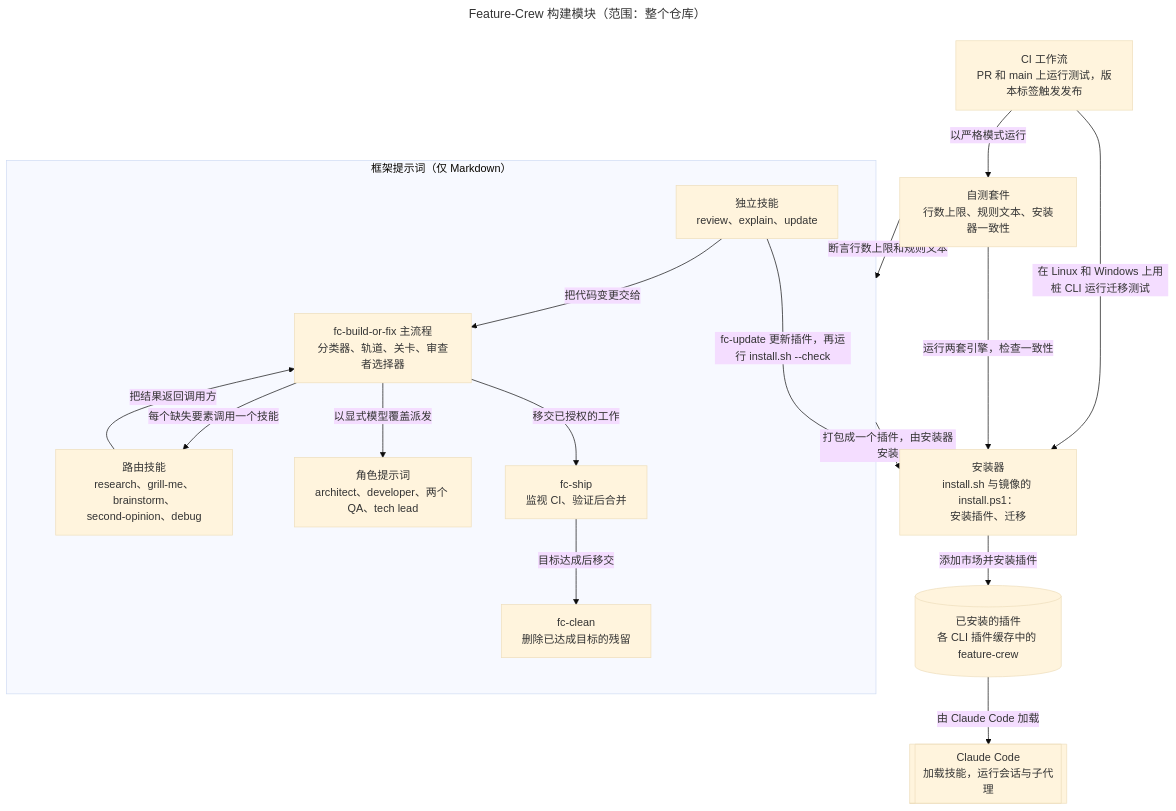
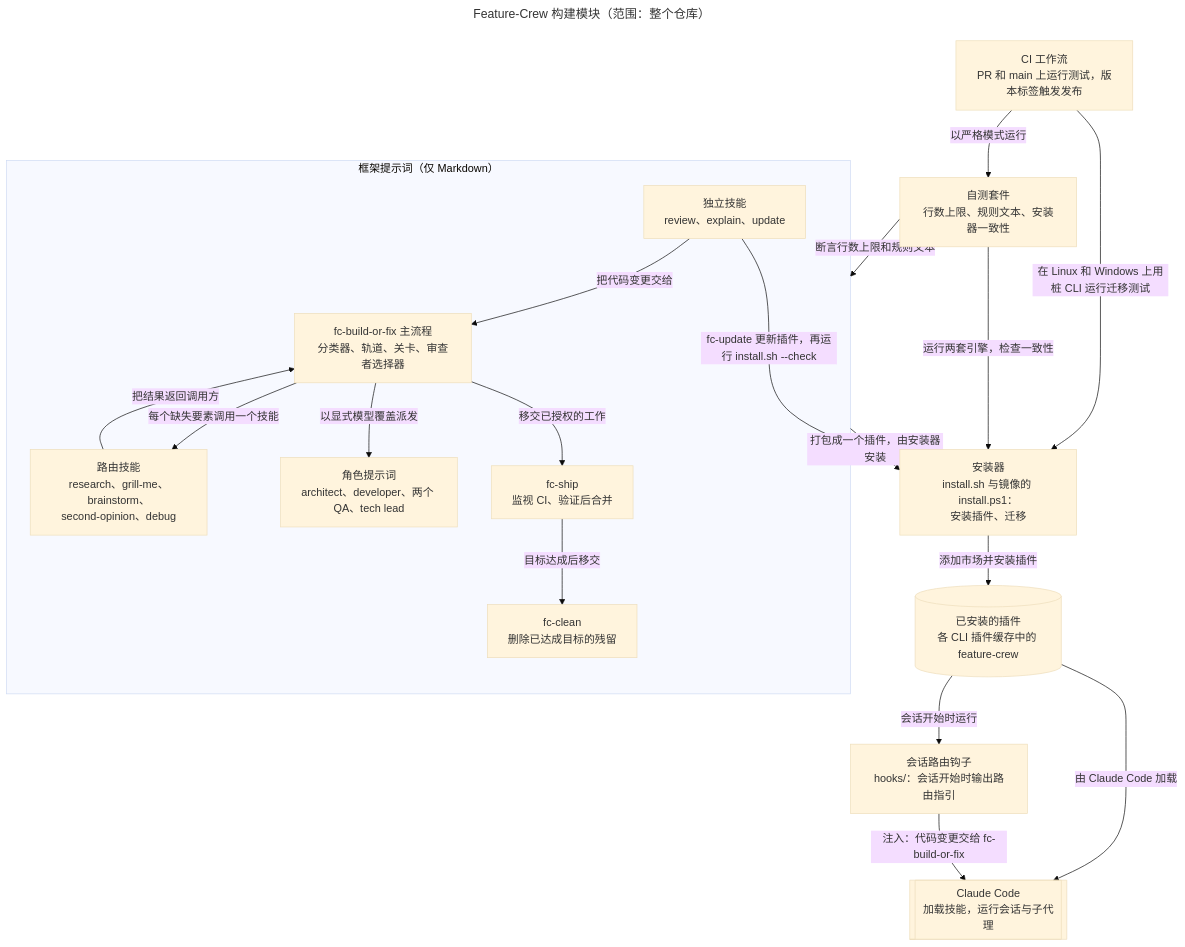
One commit to D0n9X1n/feature-crew changed the first of 2 diagrams in wiki/Architecture-zh-CN.md. Above: the diagram before and after it, drawn with Mermaid (base theme). The commit also changed other lines of this file and 15 other files, not shown here.

````diff
--- a/wiki/Architecture-zh-CN.md
+++ b/wiki/Architecture-zh-CN.md
@@ -11,34 +11,37 @@
 ```mermaid
 ---
 title: "Feature-Crew 构建模块（范围：整个仓库）"
 ---
 flowchart TB
     ci["CI 工作流<br/>PR 和 main 上运行测试，版本标签触发发布"]
     suite["自测套件<br/>行数上限、规则文本、安装器一致性"]
     subgraph fw ["框架提示词（仅 Markdown）"]
         other["独立技能<br/>review、explain、update"]
         bof["fc-build-or-fix 主流程<br/>分类器、轨道、关卡、审查者选择器"]
         routed["路由技能<br/>research、grill-me、brainstorm、<br/>second-opinion、debug"]
         roles["角色提示词<br/>architect、developer、两个 QA、tech lead"]
         ship["fc-ship<br/>监视 CI、验证后合并"]
         clean["fc-clean<br/>删除已达成目标的残留"]
     end
     inst["安装器<br/>install.sh 与镜像的 install.ps1：<br/>安装插件、迁移"]
     home[("已安装的插件<br/>各 CLI 插件缓存中的 feature-crew")]
+    hook["会话路由钩子<br/>hooks/：会话开始时输出路由指引"]
     cc[["Claude Code<br/>加载技能，运行会话与子代理"]]
 
     ci -->|以严格模式运行| suite
     ci -->|在 Linux 和 Windows 上用桩 CLI 运行迁移测试| inst
     suite -->|断言行数上限和规则文本| fw
     suite -->|运行两套引擎，检查一致性| inst
     other -->|把代码变更交给| bof
     other -->|fc-update 更新插件，再运行 install.sh --check| inst
     bof -->|每个缺失要素调用一个技能| routed
     routed -->|把结果返回调用方| bof
     bof -->|以显式模型覆盖派发| roles
     bof -->|移交已授权的工作| ship
     ship -->|目标达成后移交| clean
     fw -->|打包成一个插件，由安装器安装| inst
     inst -->|添加市场并安装插件| home
     home -->|由 Claude Code 加载| cc
+    home -->|会话开始时运行| hook
+    hook -->|注入：代码变更交给 fc-build-or-fix| cc
 ```
````
